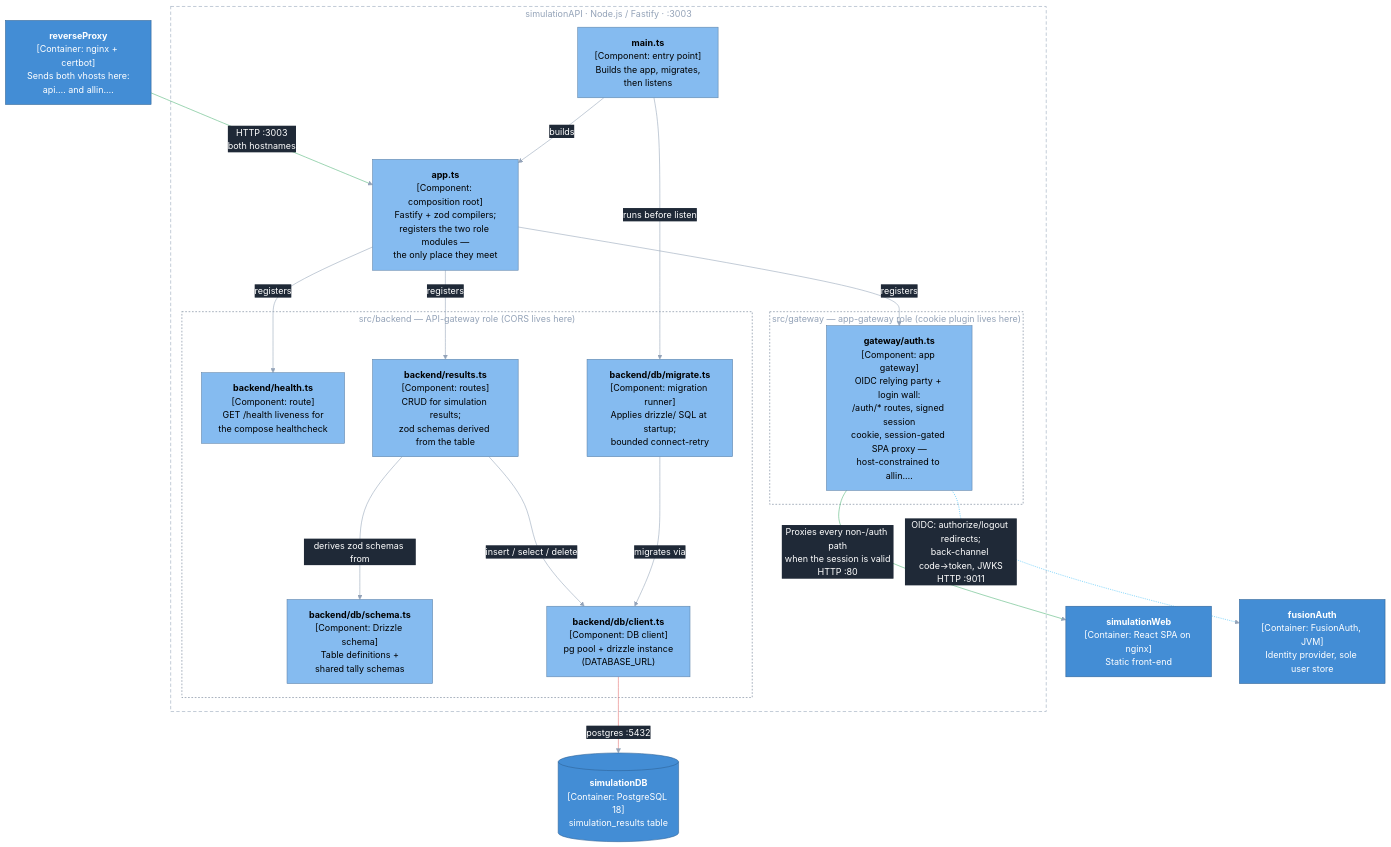
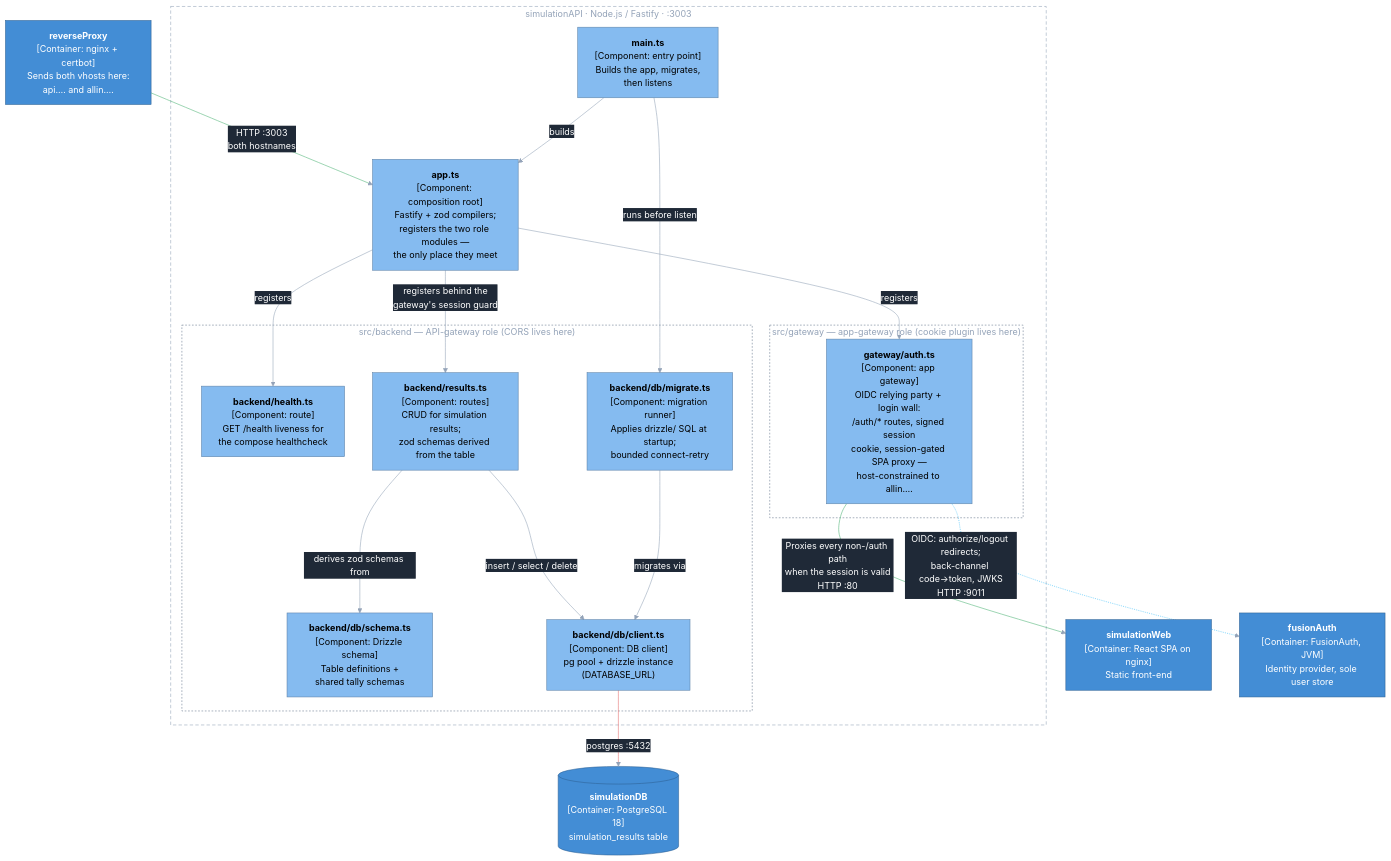
Before and after one commit to jbframe/big-equity: the diagram in containers/simulationAPI/README.md, drawn with Mermaid. The commit also changed other lines of this file and 4 other files, not shown here.

````diff
--- a/containers/simulationAPI/README.md
+++ b/containers/simulationAPI/README.md
@@ -119,51 +131,51 @@
 ```mermaid
 %%{init: {'themeVariables': {'edgeLabelBackground': '#1f2937'}}}%%
 graph TB
     Proxy["<b>reverseProxy</b><br/>[Container: nginx + certbot]<br/>Sends both vhosts here:<br/>api.… and allin.…"]
     Web["<b>simulationWeb</b><br/>[Container: React SPA on nginx]<br/>Static front-end"]
     Auth["<b>fusionAuth</b><br/>[Container: FusionAuth, JVM]<br/>Identity provider, sole user store"]
     DB[("<b>simulationDB</b><br/>[Container: PostgreSQL 18]<br/>simulation_results table")]
 
     subgraph API["simulationAPI · Node.js / Fastify · :3003"]
         Main["<b>main.ts</b><br/>[Component: entry point]<br/>Builds the app, migrates,<br/>then listens"]
         App["<b>app.ts</b><br/>[Component: composition root]<br/>Fastify + zod compilers;<br/>registers the two role modules —<br/>the only place they meet"]
 
         subgraph GWM["src/gateway — app-gateway role (cookie plugin lives here)"]
             Gateway["<b>gateway/auth.ts</b><br/>[Component: app gateway]<br/>OIDC relying party + login wall:<br/>/auth/* routes, signed session<br/>cookie, session-gated SPA proxy —<br/>host-constrained to allin.…"]
         end
 
         subgraph BEM["src/backend — API-gateway role (CORS lives here)"]
             Health["<b>backend/health.ts</b><br/>[Component: route]<br/>GET /health liveness for<br/>the compose healthcheck"]
             Results["<b>backend/results.ts</b><br/>[Component: routes]<br/>CRUD for simulation results;<br/>zod schemas derived from the table"]
             Schema["<b>backend/db/schema.ts</b><br/>[Component: Drizzle schema]<br/>Table definitions +<br/>shared tally schemas"]
             Client["<b>backend/db/client.ts</b><br/>[Component: DB client]<br/>pg pool + drizzle instance<br/>(DATABASE_URL)"]
             Migrate["<b>backend/db/migrate.ts</b><br/>[Component: migration runner]<br/>Applies drizzle/ SQL at startup;<br/>bounded connect-retry"]
         end
     end
 
     Proxy -- "HTTP :3003<br/>both hostnames" --> App
     Main -- "builds" --> App
     Main -- "runs before listen" --> Migrate
     App -- "registers" --> Health
     App -- "registers" --> Gateway
-    App -- "registers" --> Results
+    App -- "registers behind the<br/>gateway's session guard" --> Results
     Gateway -. "OIDC: authorize/logout redirects;<br/>back-channel code→token, JWKS<br/>HTTP :9011" .-> Auth
     Gateway -- "Proxies every non-/auth path<br/>when the session is valid<br/>HTTP :80" --> Web
     Results -- "insert / select / delete" --> Client
     Results -- "derives zod schemas from" --> Schema
     Migrate -- "migrates via" --> Client
     Client -- "postgres :5432" --> DB
 
     classDef component fill:#85bbf0,stroke:#5d82a8,color:#000000
     classDef container fill:#438dd5,stroke:#2e6295,color:#ffffff
     class Main,App,Health,Gateway,Results,Schema,Client,Migrate component
     class Proxy,Web,Auth,DB container
     style API fill:transparent,stroke:#94a3b8,stroke-dasharray:6 4,color:#94a3b8
     style GWM fill:transparent,stroke:#64748b,stroke-dasharray:3 3,color:#94a3b8
     style BEM fill:transparent,stroke:#64748b,stroke-dasharray:3 3,color:#94a3b8
 
     linkStyle default stroke:#94a3b8,color:#ffffff
     linkStyle 0,7 stroke:#4fb477
     linkStyle 6 stroke:#38bdf8
     linkStyle 11 stroke:#e46e6e
 ```
````
